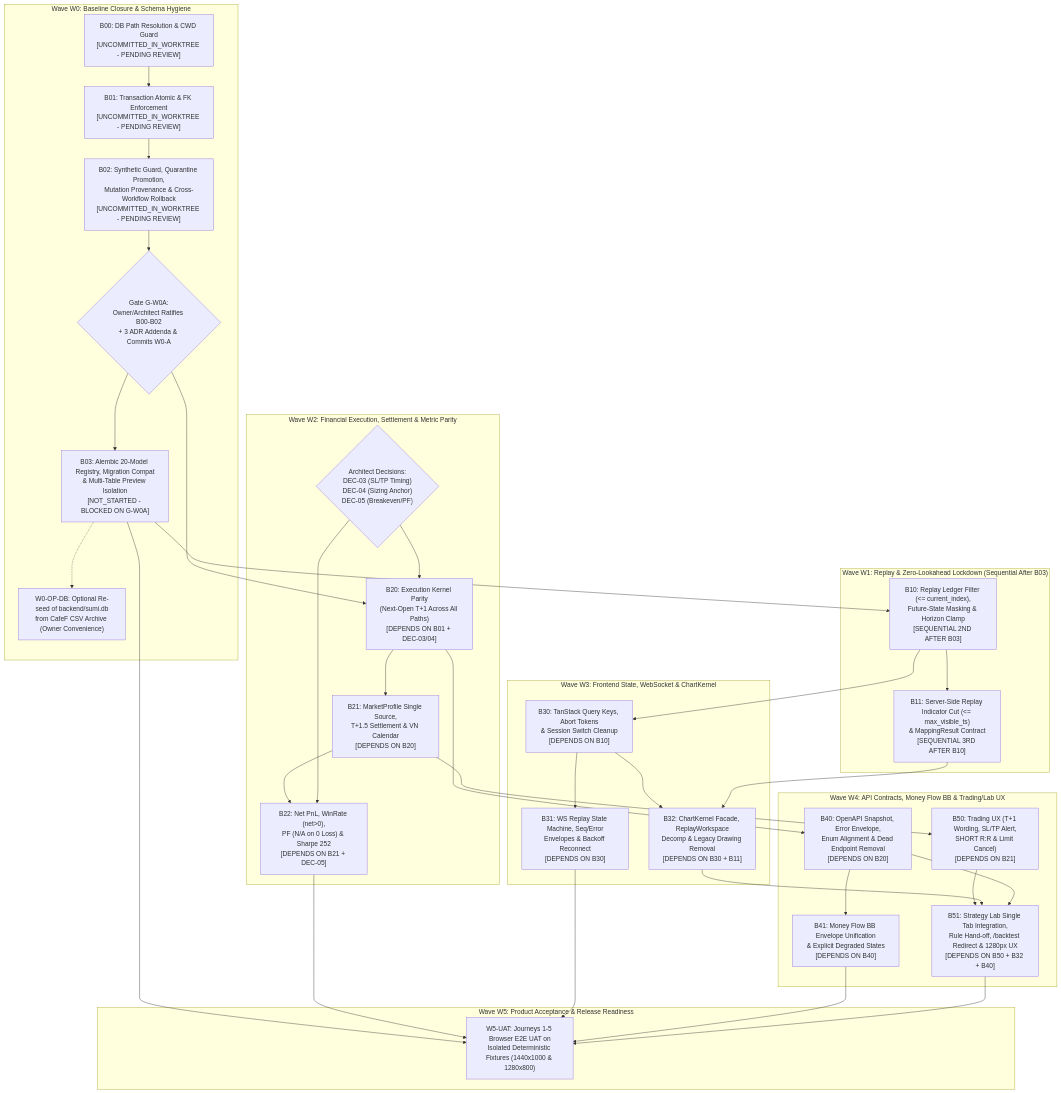
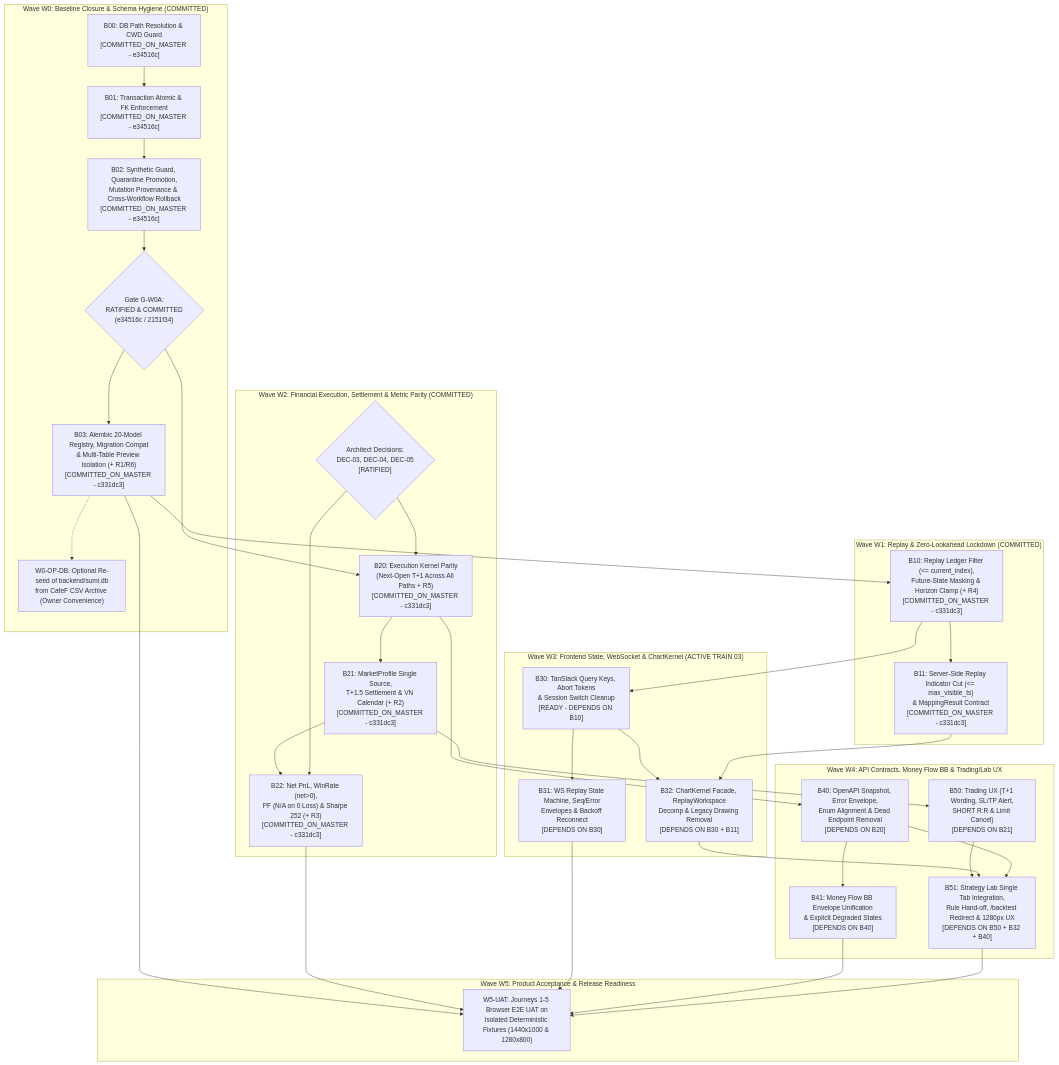
The diagram in docs/plans/product-completion/SUMI_V3_BATCH_DEPENDENCY_AND_STATUS_PROPOSED.md (lasfong/sumi), drawn with Mermaid before and after one commit. The commit also changed other lines of this file and 3 other files, not shown here.

Commit message:
docs(governance): establish Sumi V3 execution charter

````diff
--- a/docs/plans/product-completion/SUMI_V3_BATCH_DEPENDENCY_AND_STATUS_PROPOSED.md
+++ b/docs/plans/product-completion/SUMI_V3_BATCH_DEPENDENCY_AND_STATUS_PROPOSED.md
@@ -57,59 +57,59 @@
 ```mermaid
 flowchart TD
-    subgraph W0["Wave W0: Baseline Closure & Schema Hygiene"]
-        B00["B00: DB Path Resolution & CWD Guard<br/>[UNCOMMITTED_IN_WORKTREE - PENDING REVIEW]"]
-        B01["B01: Transaction Atomic & FK Enforcement<br/>[UNCOMMITTED_IN_WORKTREE - PENDING REVIEW]"]
-        B02["B02: Synthetic Guard, Quarantine Promotion,<br/>Mutation Provenance & Cross-Workflow Rollback<br/>[UNCOMMITTED_IN_WORKTREE - PENDING REVIEW]"]
-        GW0A{"Gate G-W0A:<br/>Owner/Architect Ratifies B00-B02<br/>+ 3 ADR Addenda & Commits W0-A"}
-        B03["B03: Alembic 20-Model Registry, Migration Compat<br/>& Multi-Table Preview Isolation<br/>[NOT_STARTED - BLOCKED ON G-W0A]"]
+    subgraph W0["Wave W0: Baseline Closure & Schema Hygiene (COMMITTED)"]
+        B00["B00: DB Path Resolution & CWD Guard<br/>[COMMITTED_ON_MASTER - e34516c]"]
+        B01["B01: Transaction Atomic & FK Enforcement<br/>[COMMITTED_ON_MASTER - e34516c]"]
+        B02["B02: Synthetic Guard, Quarantine Promotion,<br/>Mutation Provenance & Cross-Workflow Rollback<br/>[COMMITTED_ON_MASTER - e34516c]"]
+        GW0A{"Gate G-W0A:<br/>RATIFIED & COMMITTED<br/>(e34516c / 2151f34)"}
+        B03["B03: Alembic 20-Model Registry, Migration Compat<br/>& Multi-Table Preview Isolation (+ R1/R6)<br/>[COMMITTED_ON_MASTER - c331dc3]"]
         OPDB["W0-OP-DB: Optional Re-seed of backend/sumi.db<br/>from CafeF CSV Archive (Owner Convenience)"]
     end
 
-    subgraph W1["Wave W1: Replay & Zero-Lookahead Lockdown (Sequential After B03)"]
-        B10["B10: Replay Ledger Filter (<= current_index),<br/>Future-State Masking & Horizon Clamp<br/>[SEQUENTIAL 2ND AFTER B03]"]
-        B11["B11: Server-Side Replay Indicator Cut (<= max_visible_ts)<br/>& MappingResult Contract<br/>[SEQUENTIAL 3RD AFTER B10]"]
+    subgraph W1["Wave W1: Replay & Zero-Lookahead Lockdown (COMMITTED)"]
+        B10["B10: Replay Ledger Filter (<= current_index),<br/>Future-State Masking & Horizon Clamp (+ R4)<br/>[COMMITTED_ON_MASTER - c331dc3]"]
+        B11["B11: Server-Side Replay Indicator Cut (<= max_visible_ts)<br/>& MappingResult Contract<br/>[COMMITTED_ON_MASTER - c331dc3]"]
     end
 
-    subgraph W2["Wave W2: Financial Execution, Settlement & Metric Parity"]
-        GDEC{"Architect Decisions:<br/>DEC-03 (SL/TP Timing)<br/>DEC-04 (Sizing Anchor)<br/>DEC-05 (Breakeven/PF)"}
-        B20["B20: Execution Kernel Parity<br/>(Next-Open T+1 Across All Paths)<br/>[DEPENDS ON B01 + DEC-03/04]"]
-        B21["B21: MarketProfile Single Source,<br/>T+1.5 Settlement & VN Calendar<br/>[DEPENDS ON B20]"]
-        B22["B22: Net PnL, WinRate (net>0),<br/>PF (N/A on 0 Loss) & Sharpe 252<br/>[DEPENDS ON B21 + DEC-05]"]
+    subgraph W2["Wave W2: Financial Execution, Settlement & Metric Parity (COMMITTED)"]
+        GDEC{"Architect Decisions:<br/>DEC-03, DEC-04, DEC-05<br/>[RATIFIED]"}
+        B20["B20: Execution Kernel Parity<br/>(Next-Open T+1 Across All Paths + R5)<br/>[COMMITTED_ON_MASTER - c331dc3]"]
+        B21["B21: MarketProfile Single Source,<br/>T+1.5 Settlement & VN Calendar (+ R2)<br/>[COMMITTED_ON_MASTER - c331dc3]"]
+        B22["B22: Net PnL, WinRate (net>0),<br/>PF (N/A on 0 Loss) & Sharpe 252 (+ R3)<br/>[COMMITTED_ON_MASTER - c331dc3]"]
     end
 
-    subgraph W3["Wave W3: Frontend State, WebSocket & ChartKernel"]
-        B30["B30: TanStack Query Keys, Abort Tokens<br/>& Session Switch Cleanup<br/>[DEPENDS ON B10]"]
+    subgraph W3["Wave W3: Frontend State, WebSocket & ChartKernel (ACTIVE TRAIN 03)"]
+        B30["B30: TanStack Query Keys, Abort Tokens<br/>& Session Switch Cleanup<br/>[READY - DEPENDS ON B10]"]
         B31["B31: WS Replay State Machine, Seq/Error<br/>Envelopes & Backoff Reconnect<br/>[DEPENDS ON B30]"]
         B32["B32: ChartKernel Facade, ReplayWorkspace<br/>Decomp & Legacy Drawing Removal<br/>[DEPENDS ON B30 + B11]"]
     end
 
     subgraph W4["Wave W4: API Contracts, Money Flow BB & Trading/Lab UX"]
         B40["B40: OpenAPI Snapshot, Error Envelope,<br/>Enum Alignment & Dead Endpoint Removal<br/>[DEPENDS ON B20]"]
         B41["B41: Money Flow BB Envelope Unification<br/>& Explicit Degraded States<br/>[DEPENDS ON B40]"]
         B50["B50: Trading UX (T+1 Wording, SL/TP Alert,<br/>SHORT R:R & Limit Cancel)<br/>[DEPENDS ON B21]"]
         B51["B51: Strategy Lab Single Tab Integration,<br/>Rule Hand-off, /backtest Redirect & 1280px UX<br/>[DEPENDS ON B50 + B32 + B40]"]
     end
 
     subgraph W5["Wave W5: Product Acceptance & Release Readiness"]
         UAT["W5-UAT: Journeys 1-5 Browser E2E UAT on<br/>Isolated Deterministic Fixtures (1440x1000 & 1280x800)"]
     end
 
     B00 --> B01 --> B02 --> GW0A
     GW0A --> B03 --> B10 --> B11
     B03 -.-> OPDB
     GW0A --> B20
     GDEC --> B20 --> B21 --> B22
     GDEC --> B22
     B10 --> B30 --> B31
     B30 --> B32
     B11 --> B32
     B20 --> B40 --> B41
     B21 --> B50 --> B51
     B32 --> B51
     B40 --> B51
     B03 --> UAT
     B22 --> UAT
     B31 --> UAT
     B41 --> UAT
     B51 --> UAT
 ```
````
